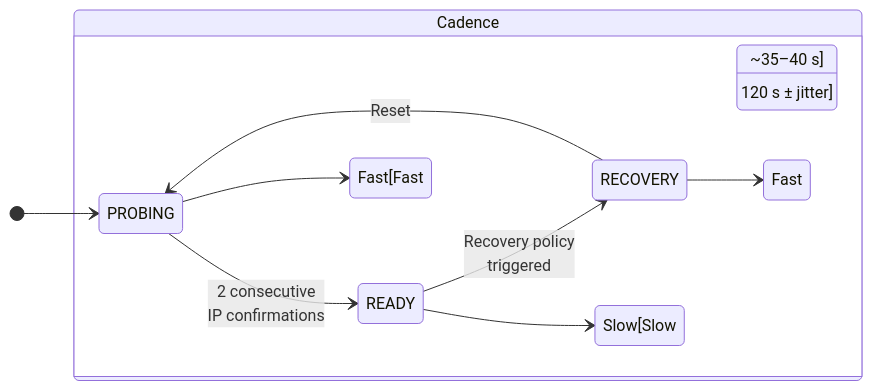
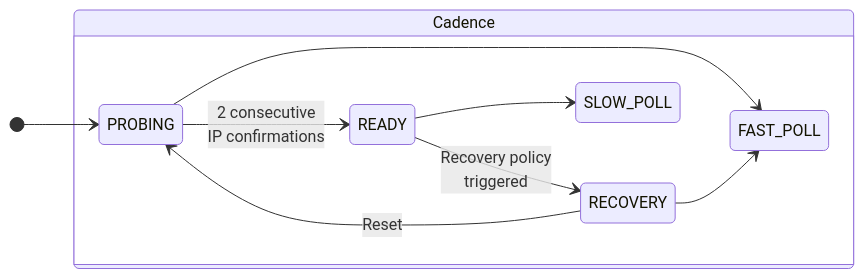
The second of 2 diagrams in docs/CONTROL_LOOP.md (bkaewell/cloudflare-verified-ddns), drawn with Mermaid before and after one commit. The commit also changed other lines of this file, not shown here.

Commit message:
Minor updates

````diff
--- a/docs/CONTROL_LOOP.md
+++ b/docs/CONTROL_LOOP.md
@@ -35,14 +35,14 @@
 ```mermaid
 stateDiagram-v2
     direction LR
     [*] --> PROBING
     PROBING --> READY: 2 consecutive<br/> IP confirmations
     READY --> RECOVERY: Recovery policy<br/> triggered
     RECOVERY --> PROBING: Reset
 
     state Cadence {
-        PROBING --> Fast[Fast Poll: ~35–40 s]
-        READY --> Slow[Slow Poll: 120 s ± jitter]
-        RECOVERY --> Fast
+        PROBING --> FAST_POLL
+        READY --> SLOW_POLL
+        RECOVERY --> FAST_POLL
     }
 ```
````
